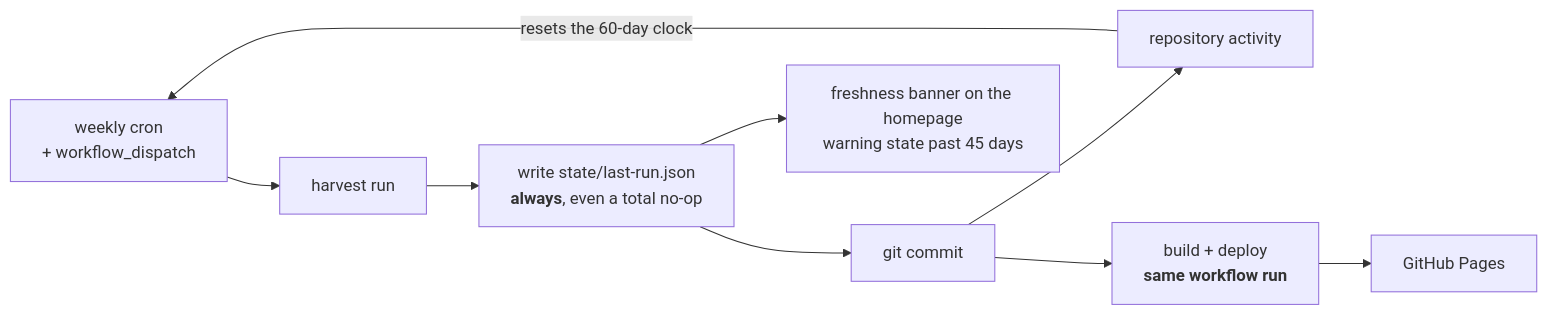
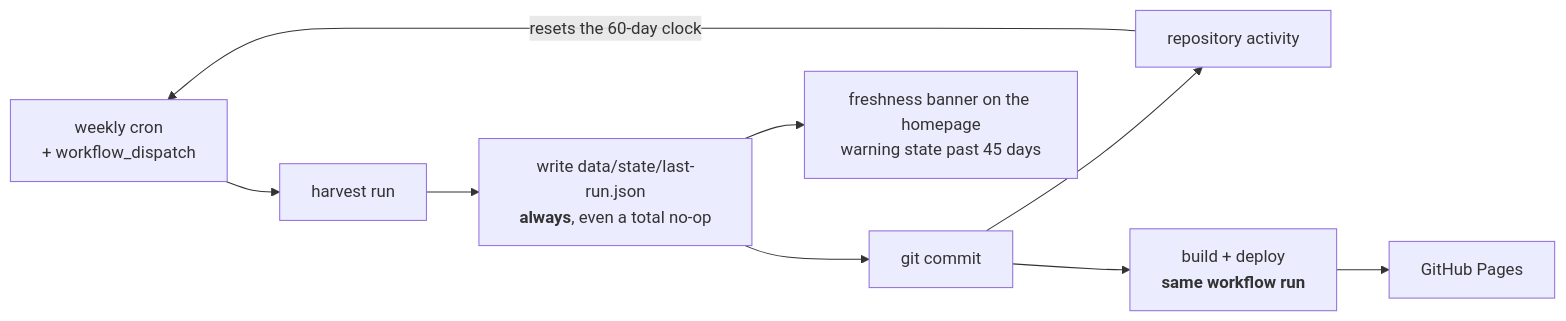
The second of 2 diagrams in docs/architecture.md (weid-ost/iea-wind-data-catalogue), drawn with Mermaid before and after one commit. The commit also changed other lines of this file and 1010 other files, not shown here.

````diff
--- a/docs/architecture.md
+++ b/docs/architecture.md
@@ -188,11 +188,11 @@
 ```mermaid
 flowchart LR
     CRON["weekly cron<br/>+ workflow_dispatch"] --> RUN["harvest run"]
-    RUN --> HB["write state/last-run.json<br/><b>always</b>, even a total no-op"]
+    RUN --> HB["write data/state/last-run.json<br/><b>always</b>, even a total no-op"]
     HB --> COMMIT["git commit"]
     COMMIT --> ACT["repository activity"]
     ACT -->|"resets the 60-day clock"| CRON
     COMMIT --> BUILD["build + deploy<br/><b>same workflow run</b>"]
     BUILD --> PAGES["GitHub Pages"]
     HB --> BANNER["freshness banner on the homepage<br/>warning state past 45 days"]
 ```
````
